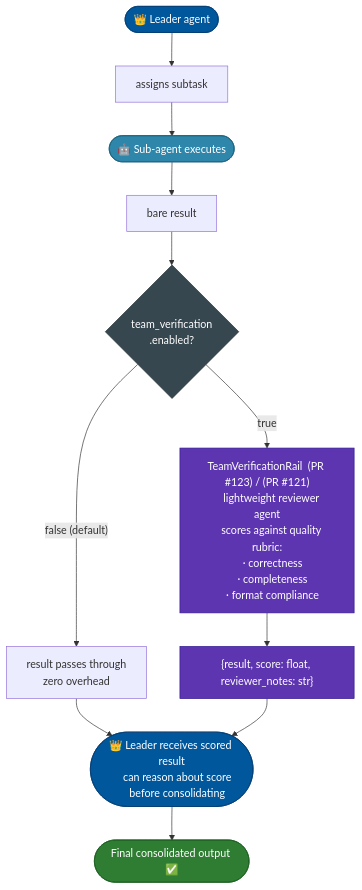
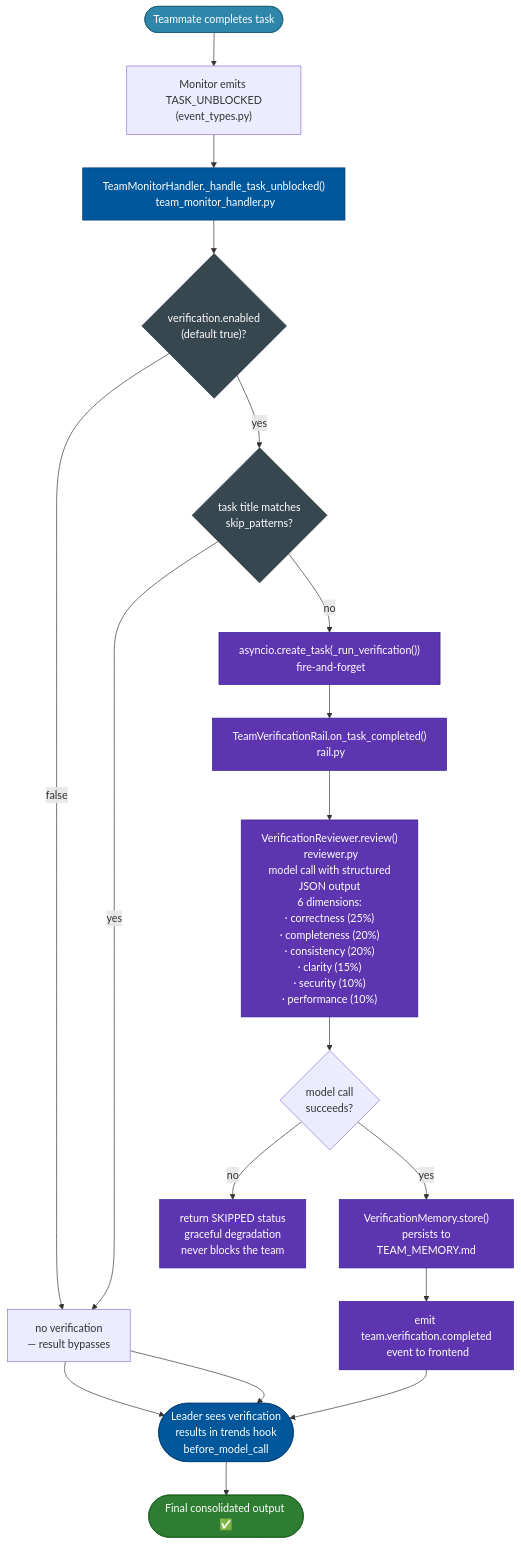
One commit to michaelatamuk/openjiuwen-jiuwenswarm changed the eighth of 8 diagrams in docs-michael/Implementation.Overview.md. Above: the diagram before and after it, drawn with Mermaid. The commit also changed other lines of this file, not shown here.

Commit message:
Working on Jiuwenswarm

````diff
--- a/docs-michael/Implementation.Overview.md
+++ b/docs-michael/Implementation.Overview.md
@@ -1381,38 +1381,41 @@
 ```mermaid
 flowchart TD
     classDef leader fill:#01579B,color:#fff,stroke:#003c74
-    classDef sub    fill:#2E86AB,color:#fff,stroke:#1a5f7a
+    classDef teammate fill:#2E86AB,color:#fff,stroke:#1a5f7a
     classDef rev    fill:#5E35B1,color:#fff,stroke:#311B92
     classDef done   fill:#2E7D32,color:#fff,stroke:#1B5E20
     classDef cfg    fill:#37474F,color:#fff,stroke:#263238
 
-    LEADER(["👑 Leader agent"]):::leader
+    TM(["Teammate completes task"]):::teammate
 
-    LEADER --> ASSIGN["assigns subtask"]
+    TM --> TEAM_EVENT["Monitor emits TASK_UNBLOCKED\n(event_types.py)"]
 
-    ASSIGN --> SUB(["🤖 Sub-agent executes"]):::sub
+    TEAM_EVENT --> MON_HANDLER["TeamMonitorHandler._handle_task_unblocked()\n team_monitor_handler.py"]:::leader
 
-    SUB --> RESULT["bare result"]
+    MON_HANDLER --> CFG{"verification.enabled\n(default true)?"}:::cfg
 
-    RESULT --> CFG{"team_verification
-    .enabled?"}:::cfg
+    CFG -->|"false"| BYPASS["no verification\n— result bypasses"]
+    BYPASS --> LEADER_DONE
 
-    CFG -->|"false (default)"| PASS["result passes through
-    zero overhead"]
-    PASS --> RECV
+    CFG -->|"yes"| SKIP{"task title matches\nskip_patterns?"}:::cfg
 
-    CFG -->|"true"| REV["TeamVerificationRail  (PR #123) / (PR #121)
-    lightweight reviewer agent
-    scores against quality rubric:
-    · correctness
-    · completeness
-    · format compliance"]:::rev
+    SKIP -->|"yes"| BYPASS
 
-    REV --> SCORED["{result, score: float, reviewer_notes: str}"]:::rev
+    SKIP -->|"no"| VERIFY["asyncio.create_task(_run_verification())\n fire-and-forget"]:::rev
 
-    SCORED --> RECV(["👑 Leader receives scored result
-    can reason about score
-    before consolidating"]):::leader
+    VERIFY --> RAIL["TeamVerificationRail.on_task_completed()\n rail.py"]:::rev
 
-    RECV --> CONSOLIDATE(["Final consolidated output ✅"]):::done
+    RAIL --> REVIEWER["VerificationReviewer.review()\n reviewer.py\n model call with structured JSON output\n6 dimensions:\n· correctness (25%)\n· completeness (20%)\n· consistency (20%)\n· clarity (15%)\n· security (10%)\n· performance (10%)"]:::rev
+
+    REVIEWER --> RESULT{"model call\nsucceeds?"}
+
+    RESULT -->|"no"| GRACEFUL["return SKIPPED status\n graceful degradation\nnever blocks the team"]:::rev
+
+    RESULT -->|"yes"| PERSIST["VerificationMemory.store()\n persists to TEAM_MEMORY.md"]:::rev
+
+    PERSIST --> EVENT_EMIT["emit team.verification.completed\n event to frontend"]:::rev
+
+    EVENT_EMIT & BYPASS --> LEADER_DONE(["Leader sees verification\n results in trends hook\nbefore_model_call"]):::leader
+
+    LEADER_DONE --> CONSOLIDATE(["Final consolidated output ✅"]):::done
 ```
````
